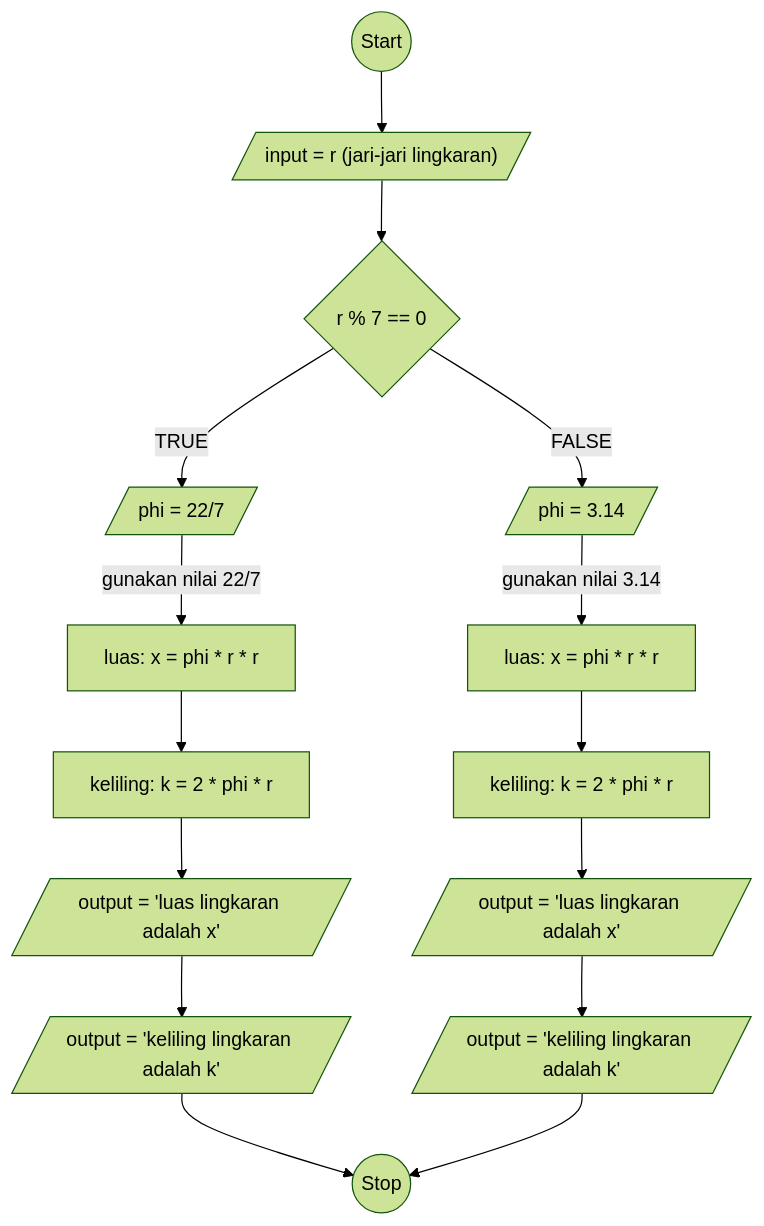
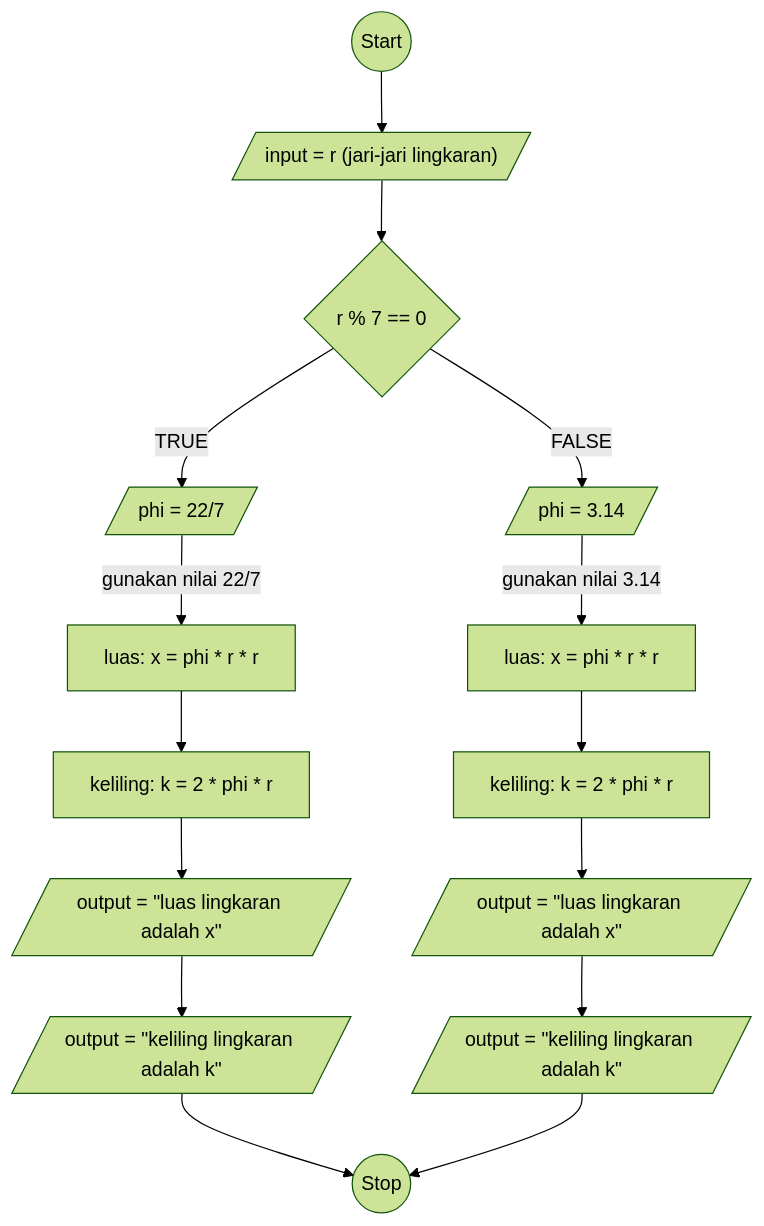
The diagram in flowchart-luas-dan-keliling-lingkaran.md (makarim22/koda-b6-algoritma), drawn with Mermaid (forest theme) before and after one commit. The commit also changed other lines of this file, not shown here.

````diff
--- a/flowchart-luas-dan-keliling-lingkaran.md
+++ b/flowchart-luas-dan-keliling-lingkaran.md
@@ -1,29 +1,29 @@
 ```mermaid
 flowchart TD
  A@{ shape: circle, label: "Start" } --> B
 
  B@{ shape: lean-r, label: "input = r (jari-jari lingkaran)"} --> C
 
  C@{ shape: diamond, label: "r % 7 == 0"}
 
  C -- TRUE --> E
 
  C -- FALSE --> F
 
  E@{ shape: lean-r, label: "phi = 22/7"} --> |gunakan nilai 22/7| G 
  F@{ shape: lean-r, label: "phi = 3.14"} --> |gunakan nilai 3.14| H
 
  G@{ shape: rect, label: "luas: x = phi * r * r"} --> A1
  H@{ shape: rect, label: "luas: x = phi * r * r"} --> B1
 
  A1@{ shape: rect, label: "keliling: k = 2 * phi * r"} --> L
  B1@{ shape: rect, label: "keliling: k = 2 * phi * r"} --> M
 
- L@{ shape: lean-r, label: "output = 'luas lingkaran adalah x'"} --> O
- M@{ shape: lean-r, label: "output = 'luas lingkaran adalah x'"} --> P
+ L@{ shape: lean-r, label: output = "luas lingkaran adalah x"} --> O
+ M@{ shape: lean-r, label: output = "luas lingkaran adalah x"} --> P
 
- O@{ shape: lean-r, label: "output = 'keliling lingkaran adalah k'"} --> Z
- P@{ shape: lean-r, label: "output = 'keliling lingkaran adalah k'"} --> Z
+ O@{ shape: lean-r, label: output = "keliling lingkaran adalah k"} --> Z
+ P@{ shape: lean-r, label: output = "keliling lingkaran adalah k"} --> Z
 
  Z@{ shape: circle, label: "Stop" } 
 ```
````
